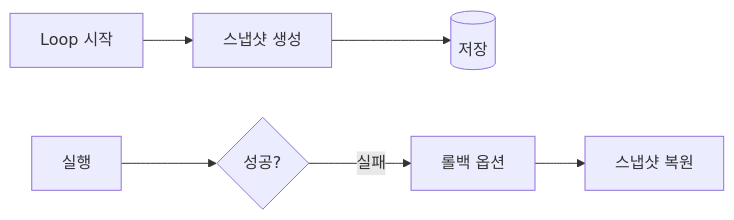
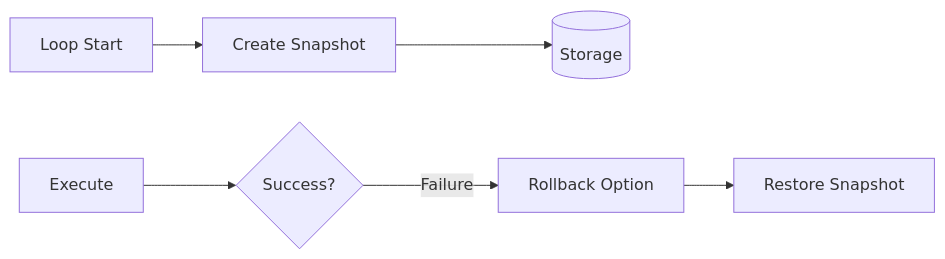
One commit to yeochul-jeon/ralph-mem changed the sixth of 10 diagrams in docs/ARCHITECTURE.md. Above: the diagram before and after it, drawn with Mermaid. The commit also changed other lines of this file and 26 other files, not shown here.

````diff
--- a/docs/ARCHITECTURE.md
+++ b/docs/ARCHITECTURE.md
@@ -273,8 +275,8 @@
 ```mermaid
 flowchart LR
-    Start[Loop 시작] --> Snapshot[스냅샷 생성]
-    Snapshot --> Store[(저장)]
-    Execute[실행] --> Check{성공?}
-    Check -->|실패| Rollback[롤백 옵션]
-    Rollback --> Restore[스냅샷 복원]
+    Start[Loop Start] --> Snapshot[Create Snapshot]
+    Snapshot --> Store[(Storage)]
+    Execute[Execute] --> Check{Success?}
+    Check -->|Failure| Rollback[Rollback Option]
+    Rollback --> Restore[Restore Snapshot]
 ```
````
